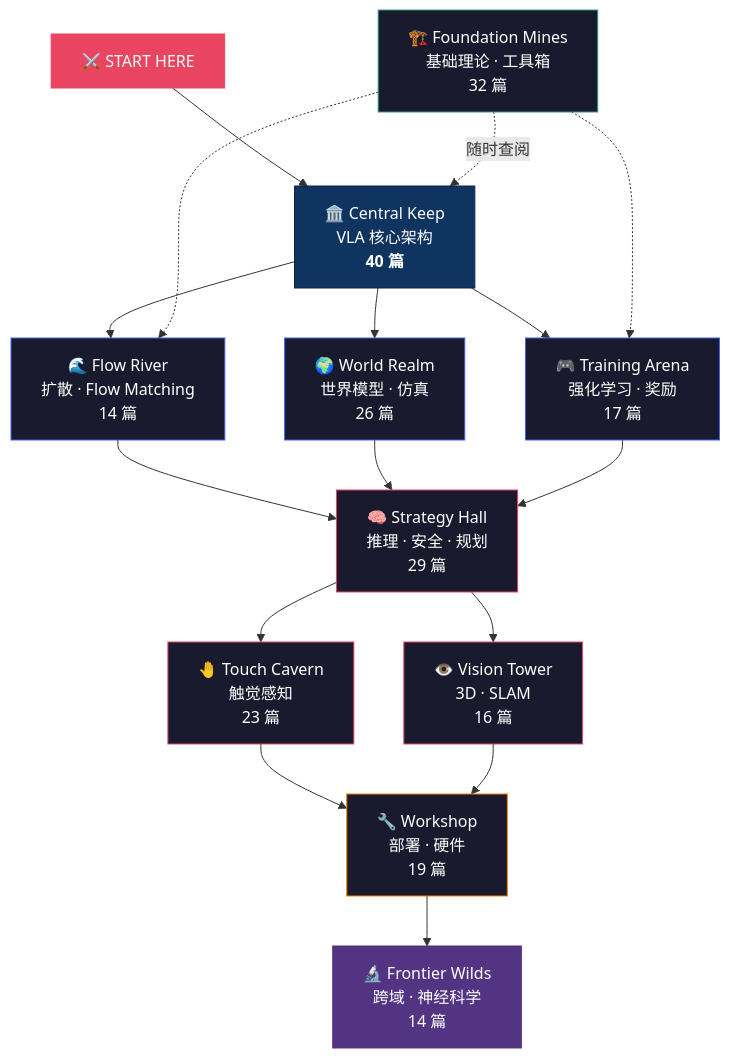
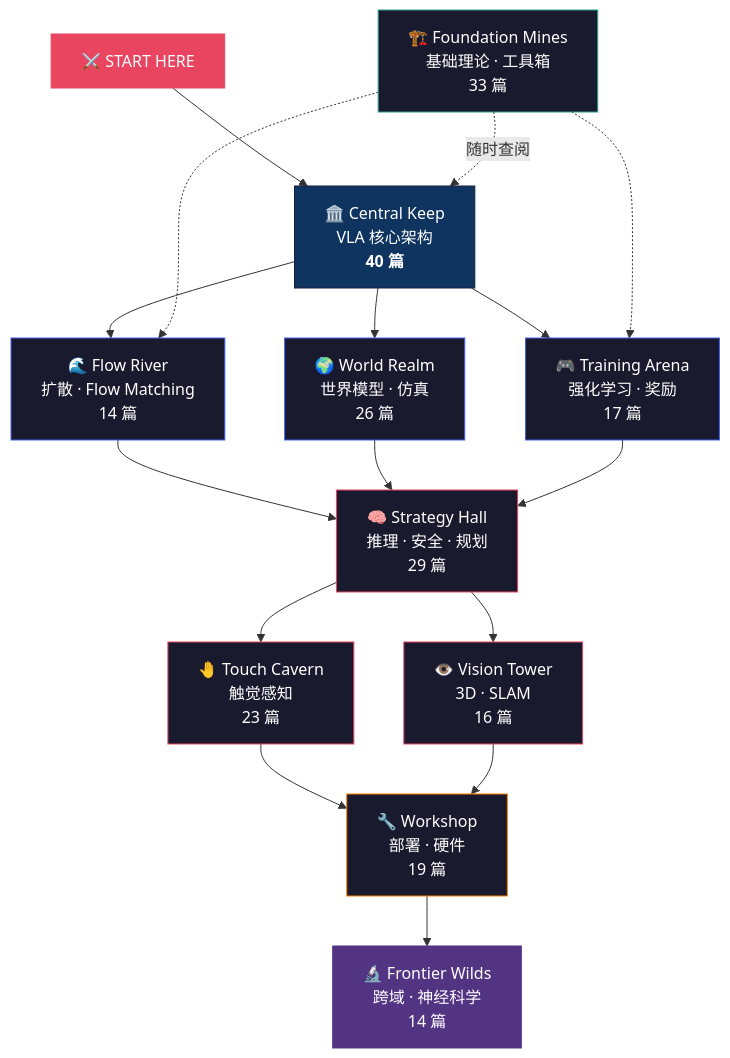
The diagram in theory/README.md (sou350121/VLA-Handbook), drawn with Mermaid before and after one commit. The commit also changed other lines of this file and 4 other files, not shown here.

````diff
--- a/theory/README.md
+++ b/theory/README.md
@@ -27,36 +27,36 @@
 ```mermaid
 graph TD
     START["⚔️ START HERE"] --> CORE["🏛️ Central Keep<br/>VLA 核心架构<br/><b>40 篇</b>"]
 
     CORE --> FLOW["🌊 Flow River<br/>扩散 · Flow Matching<br/>14 篇"]
     CORE --> WORLD["🌍 World Realm<br/>世界模型 · 仿真<br/>26 篇"]
     CORE --> RL["🎮 Training Arena<br/>强化学习 · 奖励<br/>17 篇"]
 
     FLOW --> PLAN["🧠 Strategy Hall<br/>推理 · 安全 · 规划<br/>29 篇"]
     WORLD --> PLAN
     RL --> PLAN
 
     PLAN --> TOUCH["🤚 Touch Cavern<br/>触觉感知<br/>23 篇"]
     PLAN --> EYE["👁️ Vision Tower<br/>3D · SLAM<br/>16 篇"]
 
     TOUCH --> DEPLOY["🔧 Workshop<br/>部署 · 硬件<br/>19 篇"]
     EYE --> DEPLOY
 
     DEPLOY --> FRONTIER["🔬 Frontier Wilds<br/>跨域 · 神经科学<br/>14 篇"]
 
-    FOUND["🏗️ Foundation Mines<br/>基础理论 · 工具箱<br/>32 篇"] -.->|随时查阅| CORE
+    FOUND["🏗️ Foundation Mines<br/>基础理论 · 工具箱<br/>33 篇"] -.->|随时查阅| CORE
     FOUND -.-> FLOW
     FOUND -.-> RL
 
     style START fill:#e94560,stroke:#e94560,color:#fff
     style CORE fill:#0f3460,stroke:#16213e,color:#fff
     style FLOW fill:#1a1a2e,stroke:#4361ee,color:#fff
     style WORLD fill:#1a1a2e,stroke:#4361ee,color:#fff
     style RL fill:#1a1a2e,stroke:#4361ee,color:#fff
     style PLAN fill:#1a1a2e,stroke:#e94560,color:#fff
     style TOUCH fill:#1a1a2e,stroke:#e94560,color:#fff
     style EYE fill:#1a1a2e,stroke:#e94560,color:#fff
     style DEPLOY fill:#1a1a2e,stroke:#f77f00,color:#fff
     style FRONTIER fill:#533483,stroke:#533483,color:#fff
     style FOUND fill:#1a1a2e,stroke:#2a9d8f,color:#fff
 ```
````
